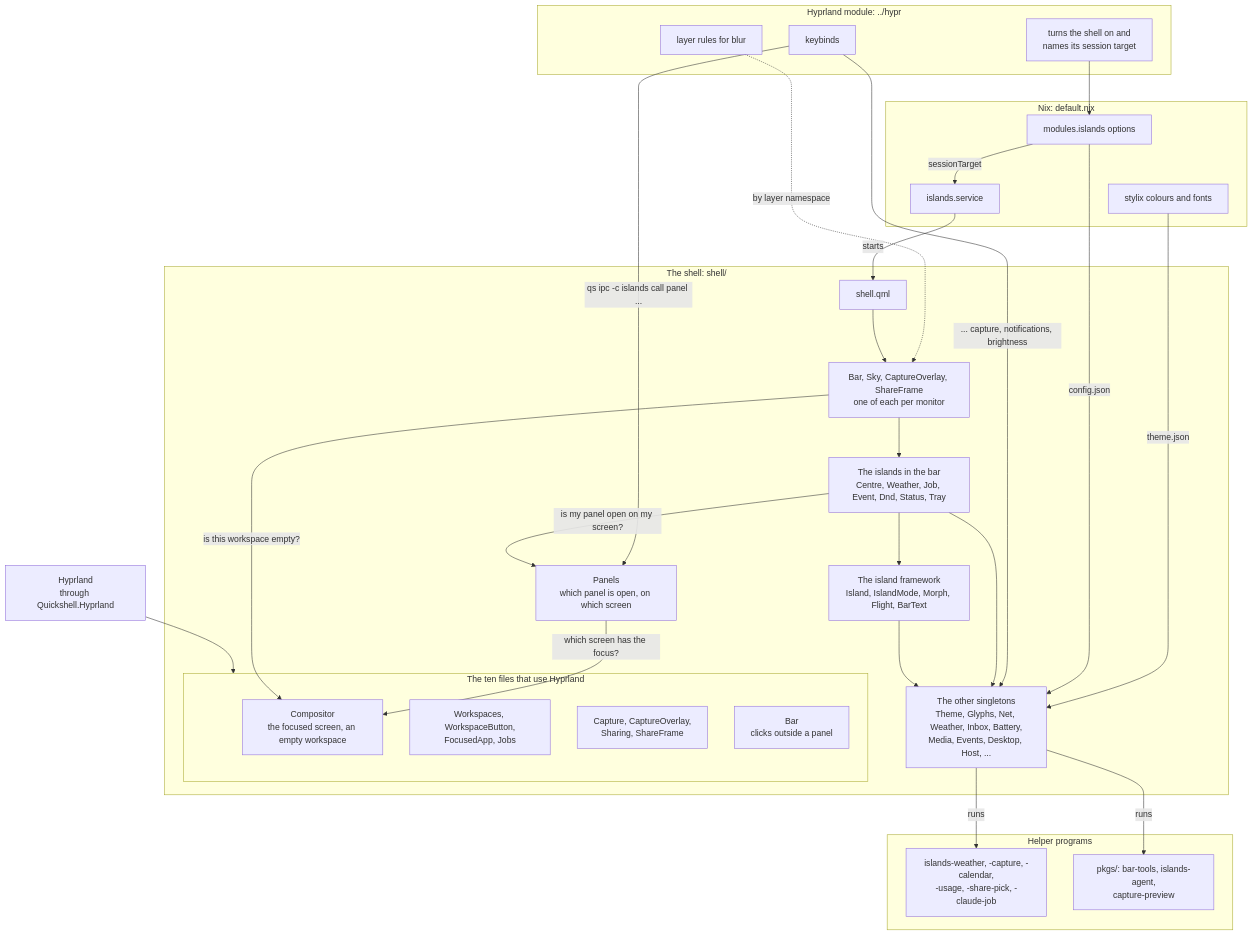
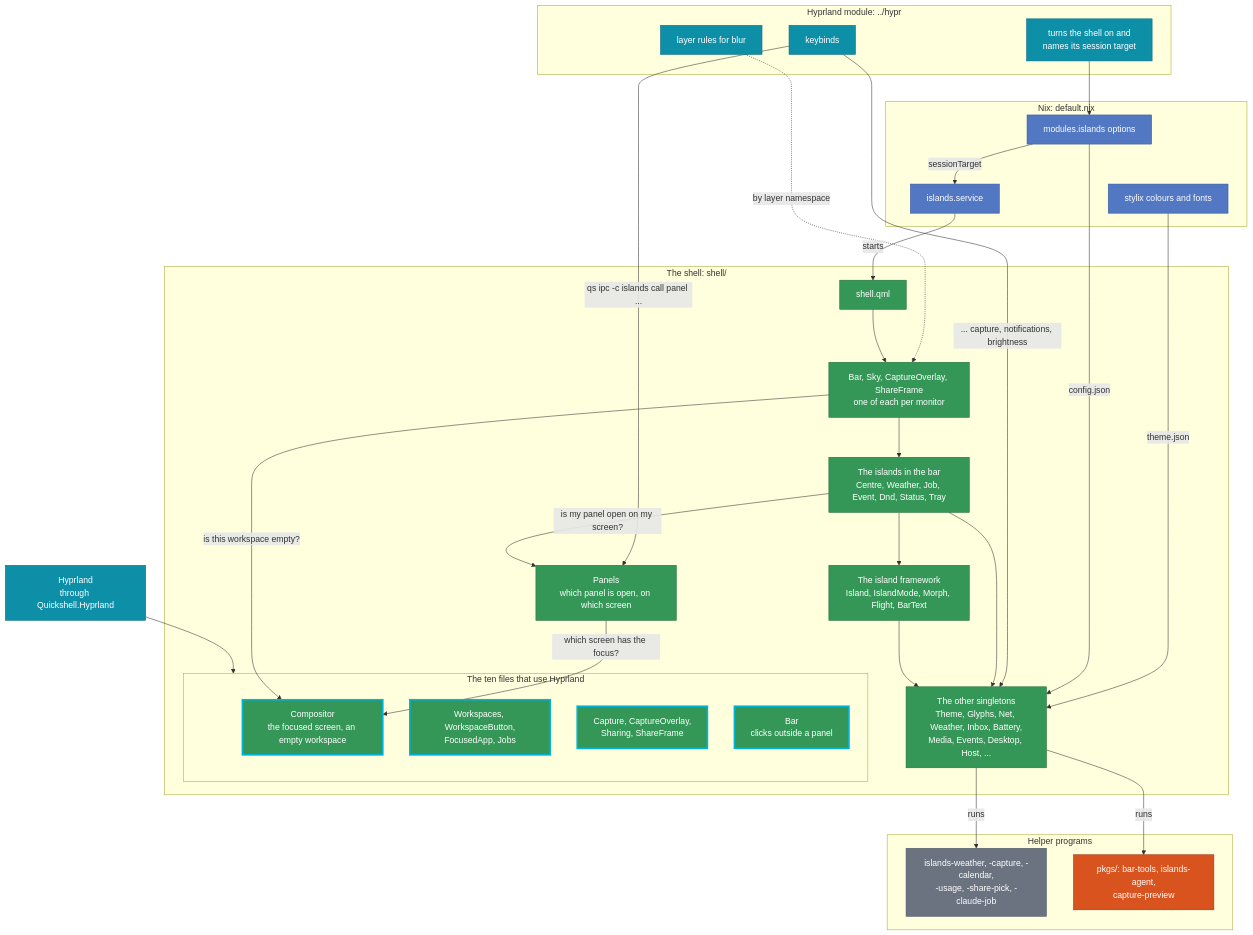
One commit to EricWardner/nix-config changed the first of 2 diagrams in modules/hm/wms/islands/README.md. Above: the diagram before and after it, drawn with Mermaid. The commit also changed other lines of this file and 1 other file, not shown here.

First line of the commit message:
docs(islands): Draw the map with each part's logo

````diff
--- a/modules/hm/wms/islands/README.md
+++ b/modules/hm/wms/islands/README.md
@@ -14,57 +42,70 @@
 ```mermaid
 flowchart TB
   subgraph nix["Nix: default.nix"]
     stylix["stylix colours and fonts"]
     options["modules.islands options"]
     unit["islands.service"]
   end
 
   subgraph hypr["Hyprland module: ../hypr"]
     tie["turns the shell on and<br/>names its session target"]
     binds["keybinds"]
     rules["layer rules for blur"]
   end
 
   subgraph shell["The shell: shell/"]
     root["shell.qml"]
     surfaces["Bar, Sky, CaptureOverlay, ShareFrame<br/>one of each per monitor"]
     islands["The islands in the bar<br/>Centre, Weather, Job, Event, Dnd, Status, Tray"]
     frame["The island framework<br/>Island, IslandMode, Morph, Flight, BarText"]
     panels["Panels<br/>which panel is open, on which screen"]
     state["The other singletons<br/>Theme, Glyphs, Net, Weather, Inbox, Battery,<br/>Media, Events, Desktop, Host, ..."]
 
     subgraph tied["The ten files that use Hyprland"]
       seam["Compositor<br/>the focused screen, an empty workspace"]
       wm["Workspaces, WorkspaceButton,<br/>FocusedApp, Jobs"]
       capture["Capture, CaptureOverlay,<br/>Sharing, ShareFrame"]
       grab["Bar<br/>clicks outside a panel"]
     end
   end
 
   subgraph helpers["Helper programs"]
     scripts["islands-weather, -capture, -calendar,<br/>-usage, -share-pick, -claude-job"]
     pkgs["pkgs/: bar-tools, islands-agent,<br/>capture-preview"]
   end
 
   compositor["Hyprland<br/>through Quickshell.Hyprland"]
 
   tie --> options
   options -- "sessionTarget" --> unit
   stylix -- "theme.json" --> state
   options -- "config.json" --> state
   unit -- "starts" --> root
   binds -- "qs ipc -c islands call panel ..." --> panels
   binds -- "... capture, notifications, brightness" --> state
   rules -. "by layer namespace" .-> surfaces
   root --> surfaces
   surfaces --> islands
   islands --> frame
   islands -- "is my panel open on my screen?" --> panels
   islands --> state
   frame --> state
   panels -- "which screen has the focus?" --> seam
   surfaces -- "is this workspace empty?" --> seam
   state -- "runs" --> scripts
   state -- "runs" --> pkgs
   compositor --> tied
+
+  classDef qml fill:#359757,stroke:#1f6b3a,color:#fff
+  classDef qmlHypr fill:#359757,stroke:#00b4d8,stroke-width:3px,color:#fff
+  classDef rust fill:#d9531e,stroke:#9a3412,color:#fff
+  classDef glue fill:#6b7280,stroke:#4b5563,color:#fff
+  classDef nixLang fill:#5277c3,stroke:#3b5a99,color:#fff
+  classDef hyprLang fill:#0e8fa8,stroke:#0b6e82,color:#fff
+  class root,surfaces,islands,frame,panels,state qml
+  class seam,wm,capture,grab qmlHypr
+  class pkgs rust
+  class scripts glue
+  class stylix,options,unit nixLang
+  class tie,binds,rules,compositor hyprLang
 ```
````
